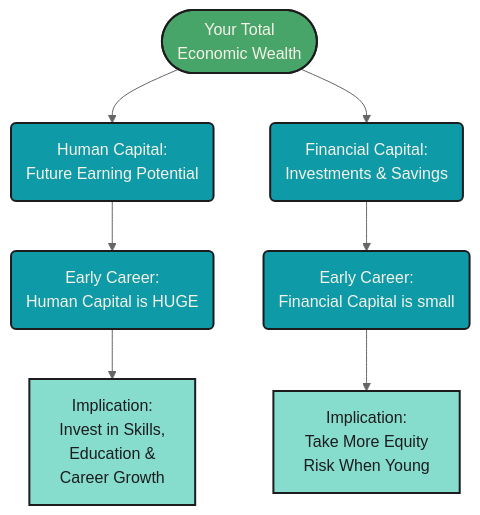
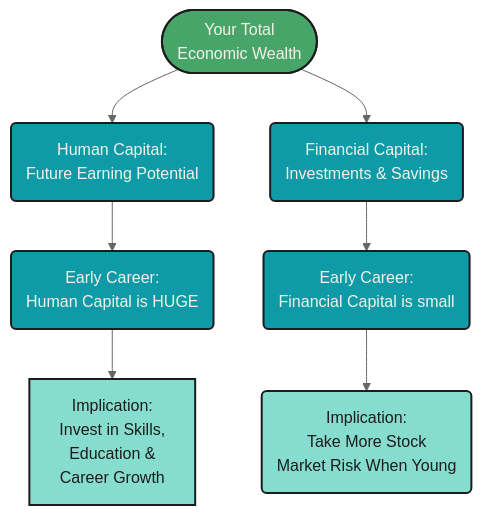
One commit to mjfrigaard/fm-finance changed the first of 3 diagrams in income.qmd. Above: the diagram before and after it, drawn with Mermaid. The commit also changed other lines of this file and 20 other files, not shown here.

Commit message:
updates to mermaid diagrams

````diff
--- a/income.qmd
+++ b/income.qmd
@@ -52,21 +38,21 @@
 ```{mermaid}
-%%| fig-cap: ' Human Capital'
+%%| fig-cap: 'Human Capital'
 %%| fig-align: center
-%%{init: {'theme': 'neutral', 'themeVariables': { 'fontFamily': 'monospace', "fontSize":"16px"}}}%%
+%%{init: {'theme': 'neutral', 'themeVariables': { 'fontFamily': 'monospace', "darkMode":false, "fontSize":"16px"}}}%%
 
 flowchart TD
     TotalWealth(["Your Total<br>Economic Wealth"]) --> HumanCapital("Human Capital:<br/>Future Earning Potential")
     TotalWealth --> FinancialCapital("Financial Capital:<br/>Investments & Savings")
     HumanCapital --> EarlyCareer("Early Career:<br/>Human Capital is HUGE")
     FinancialCapital --> EarlyCareer2("Early Career:<br/>Financial Capital is small")
     EarlyCareer --> Implication["Implication:<br>Invest in Skills,<br/>Education &<br>Career Growth"]
-    EarlyCareer2 --> Implication2[Implication:<br>Take More Equity<br>Risk When Young]
+    EarlyCareer2 --> Implication2("Implication:<br>Take More Stock<br>Market Risk When Young")
     style TotalWealth fill:#48a56a,color:#F5F2E8,stroke:#1C1C1E,stroke-width:2px
     style HumanCapital fill:#0e9aa7,color:#F5F2E8,stroke:#1C1C1E,stroke-width:2px
     style FinancialCapital fill:#0e9aa7,color:#F5F2E8,stroke:#1C1C1E,stroke-width:2px
     style EarlyCareer fill:#0e9aa7,color:#F5F2E8,stroke:#1C1C1E,stroke-width:2px
     style EarlyCareer2 fill:#0e9aa7,color:#F5F2E8,stroke:#1C1C1E,stroke-width:2px
     style Implication fill:#86ddcd,color:#1C1C1E,stroke:#1C1C1E,stroke-width:2px
     style Implication2 fill:#86ddcd,color:#1C1C1E,stroke:#1C1C1E,stroke-width:2px
 
 ```
````
